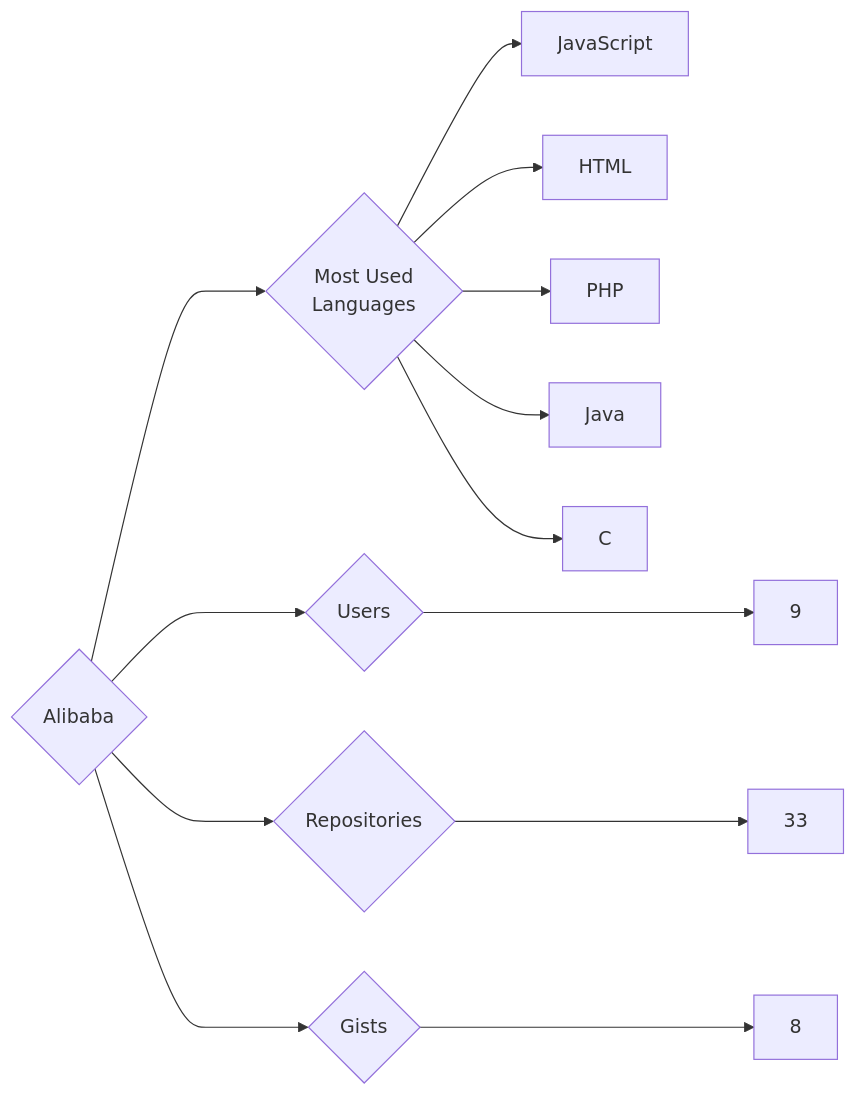
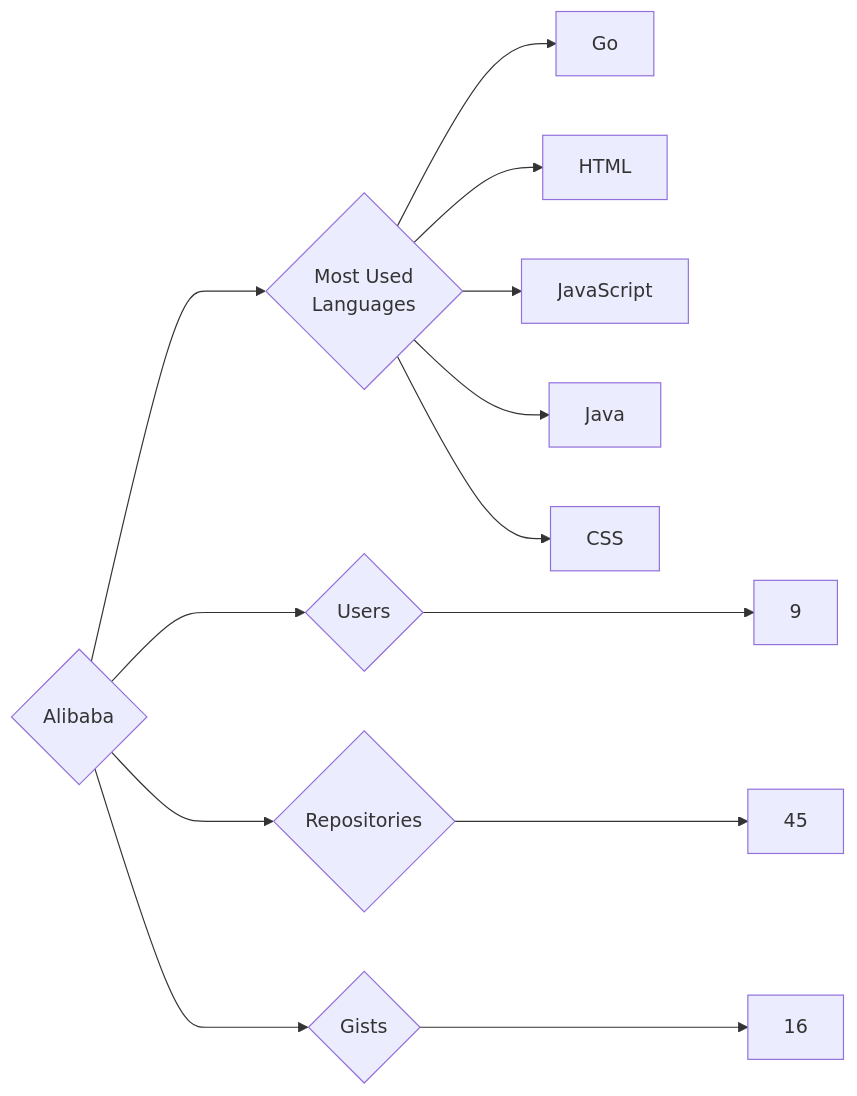
The diagram in targets/Alibaba/README.md (trickest/insiders), drawn with Mermaid before and after one commit. The commit also changed 1123 other files, not shown here.

````diff
--- a/targets/Alibaba/README.md
+++ b/targets/Alibaba/README.md
@@ -3,13 +3,13 @@
 ```mermaid
 graph LR
 COMPANY_NAME{Alibaba}
 COMPANY_NAME ---> U{Users} ---> UN[9]
-COMPANY_NAME ---> R{Repositories} ---> RN[33]
-COMPANY_NAME ---> G{Gists} ---> GN[8]
+COMPANY_NAME ---> R{Repositories} ---> RN[45]
+COMPANY_NAME ---> G{Gists} ---> GN[16]
 COMPANY_NAME ---> ML{Most Used<br>Languages}
+ML --> Go[Go]
+ML --> HTML[HTML]
 ML --> JavaScript[JavaScript]
-ML --> HTML[HTML]
-ML --> PHP[PHP]
 ML --> Java[Java]
-ML --> C[C]
+ML --> CSS[CSS]
 ```
````
